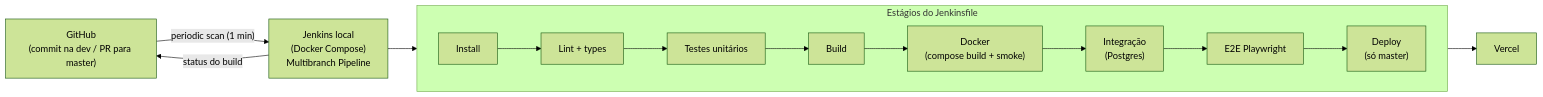
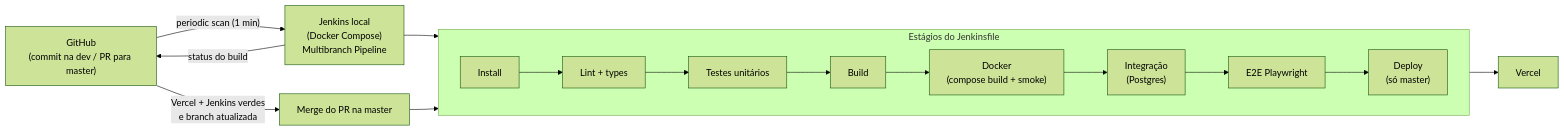
The second of 2 diagrams in docs/arquitetura.md (Frombull/cathoot), drawn with Mermaid (forest theme) before and after one commit. The commit also changed other lines of this file, not shown here.

Commit message:
docs: show master merge gate in architecture

````diff
--- a/docs/arquitetura.md
+++ b/docs/arquitetura.md
@@ -25,13 +25,15 @@
 ```mermaid
 flowchart LR
     GH["GitHub<br/>(commit na dev / PR para master)"] -->|"periodic scan (1 min)"| JK["Jenkins local<br/>(Docker Compose)<br/>Multibranch Pipeline"]
 
     subgraph Stages["Estágios do Jenkinsfile"]
         direction LR
         S0["Install"] --> S1["Lint + types"] --> S2["Testes unitários"] --> S3["Build"] --> SD["Docker<br/>(compose build + smoke)"] --> S4["Integração<br/>(Postgres)"] --> S5["E2E Playwright"] --> S6["Deploy<br/>(só master)"]
     end
 
     JK --> S0
     S6 --> VERCEL["Vercel"]
     JK -->|"status do build"| GH
+    GH -->|"Vercel + Jenkins verdes<br/>e branch atualizada"| MASTER["Merge do PR na master"]
+    MASTER --> S6
 ```
````
